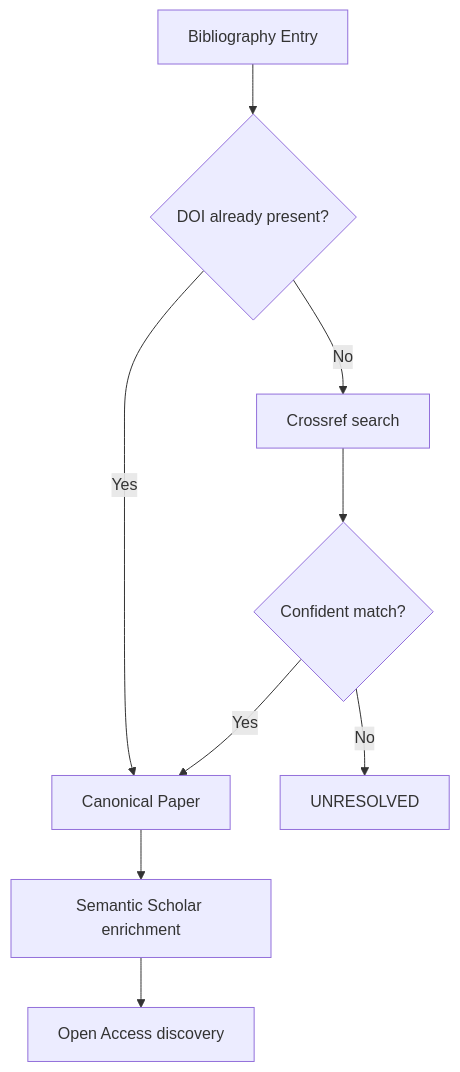
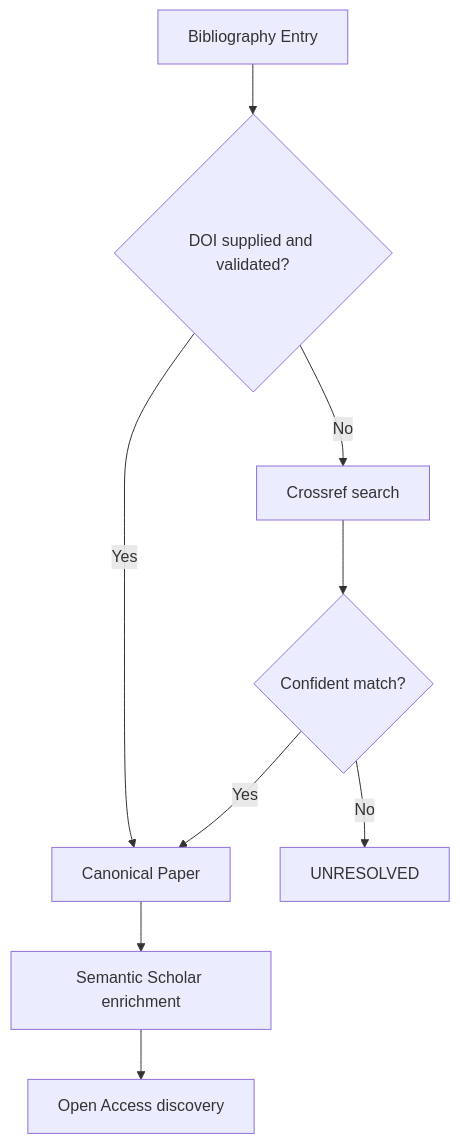
One commit to arrokh/paper-t-rail changed the fifth of 8 diagrams in paper-t-rail-tech-design.md. Above: the diagram before and after it, drawn with Mermaid. The commit also changed other lines of this file and 8 other files, not shown here.

````diff
--- a/paper-t-rail-tech-design.md
+++ b/paper-t-rail-tech-design.md
@@ -1320,27 +1329,27 @@
 ```mermaid
 flowchart TD
     BIB["Bibliography Entry"]
 
-    DOI{"DOI already present?"}
+    DOI{"DOI supplied and validated?"}
 
     CROSSREF["Crossref search"]
     MATCH{"Confident match?"}
 
     CANON["Canonical Paper"]
     S2["Semantic Scholar enrichment"]
     OA["Open Access discovery"]
 
     UNRES["UNRESOLVED"]
 
     BIB --> DOI
 
     DOI -- Yes --> CANON
     DOI -- No --> CROSSREF
     CROSSREF --> MATCH
 
     MATCH -- Yes --> CANON
     MATCH -- No --> UNRES
 
     CANON --> S2
     S2 --> OA
 ```
````
